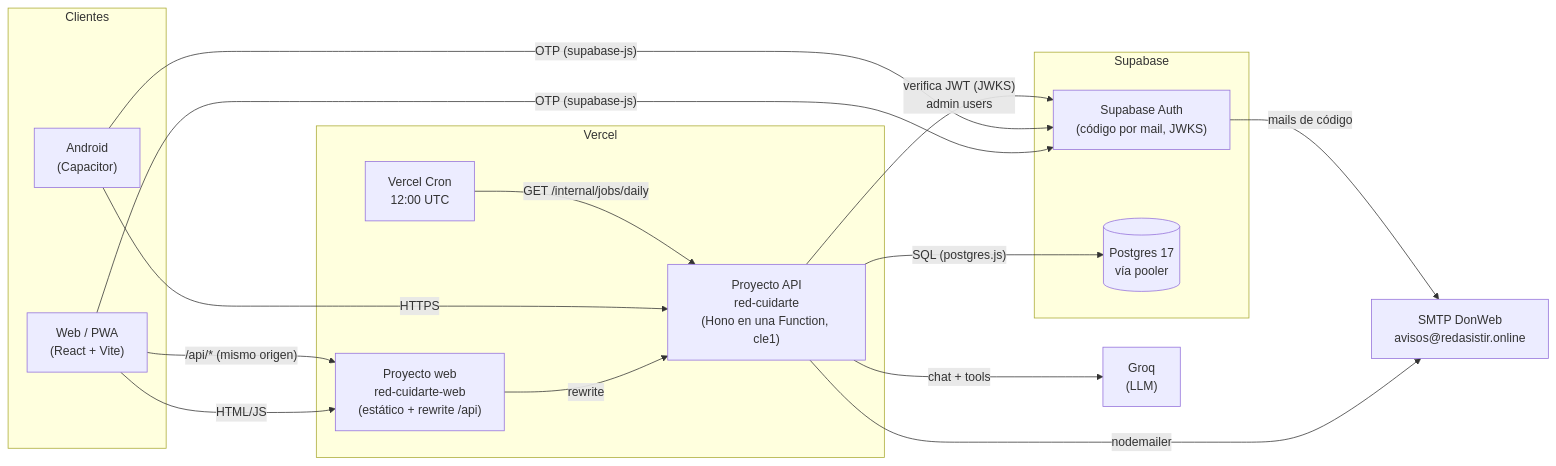
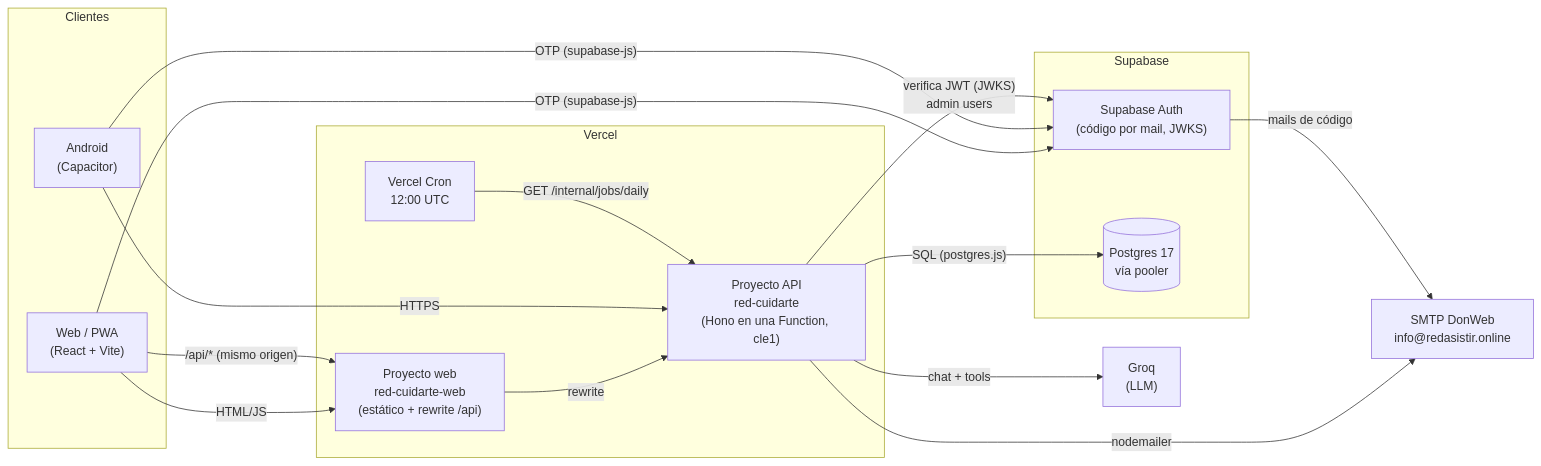
Before and after one commit to Nicolasgh91/red-cuidarte: the first of 5 diagrams in docs/architecture.md, drawn with Mermaid. The commit also changed other lines of this file and 41 other files, not shown here.

````diff
--- a/docs/architecture.md
+++ b/docs/architecture.md
@@ -42,34 +42,34 @@
 ```mermaid
 flowchart LR
   subgraph Clientes
     PWA["Web / PWA<br/>(React + Vite)"]
     APK["Android<br/>(Capacitor)"]
   end
 
   subgraph Vercel
     WEB["Proyecto web<br/>red-cuidarte-web<br/>(estático + rewrite /api)"]
     API["Proyecto API<br/>red-cuidarte<br/>(Hono en una Function, cle1)"]
     CRON["Vercel Cron<br/>12:00 UTC"]
   end
 
   subgraph Supabase
     AUTH["Supabase Auth<br/>(código por mail, JWKS)"]
     PG[("Postgres 17<br/>vía pooler")]
   end
 
   GROQ["Groq<br/>(LLM)"]
-  SMTP["SMTP DonWeb<br/>avisos@redasistir.online"]
+  SMTP["SMTP DonWeb<br/>info@redasistir.online"]
 
   PWA -- "HTML/JS" --> WEB
   PWA -- "/api/* (mismo origen)" --> WEB
   WEB -- "rewrite" --> API
   APK -- "HTTPS" --> API
   PWA -- "OTP (supabase-js)" --> AUTH
   APK -- "OTP (supabase-js)" --> AUTH
   API -- "verifica JWT (JWKS)<br/>admin users" --> AUTH
   API -- "SQL (postgres.js)" --> PG
   API -- "chat + tools" --> GROQ
   API -- "nodemailer" --> SMTP
   AUTH -- "mails de código" --> SMTP
   CRON -- "GET /internal/jobs/daily" --> API
 ```
````
